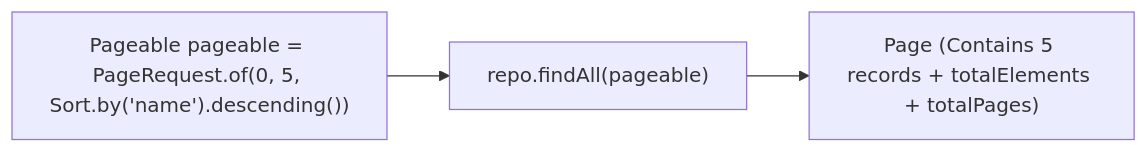
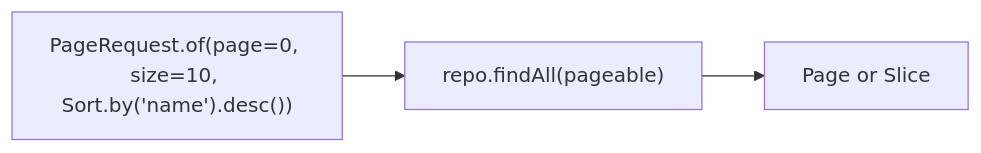
One commit to rohithgowda18/Notes changed diagram 12 of 13 in 06-Java-and-Spring-Boot/03-Data-Persistence-Spring-Data-JPA.md. Above: the diagram before and after it, drawn with Mermaid. The commit also changed other lines of this file and 13 other files, not shown here.

Commit message:
docs: upgrade Spring Boot study guides to Spring Boot 3+, Spring 6, Security 6, Jakarta, and add architecture diagrams

````diff
--- a/06-Java-and-Spring-Boot/03-Data-Persistence-Spring-Data-JPA.md
+++ b/06-Java-and-Spring-Boot/03-Data-Persistence-Spring-Data-JPA.md
@@ -625,6 +611,5 @@
 ```mermaid
 flowchart LR
-    Req["Pageable pageable = PageRequest.of(0, 5, Sort.by('name').descending())"]
-    Req --> Repo["repo.findAll(pageable)"]
-    Repo --> Page["Page<Contact> (Contains 5 records + totalElements + totalPages)"]
+    Req["PageRequest.of(page=0, size=10, Sort.by('name').desc())"] --> Repo["repo.findAll(pageable)"]
+    Repo --> Res["Page<Student> or Slice<Student>"]
 ```
````
